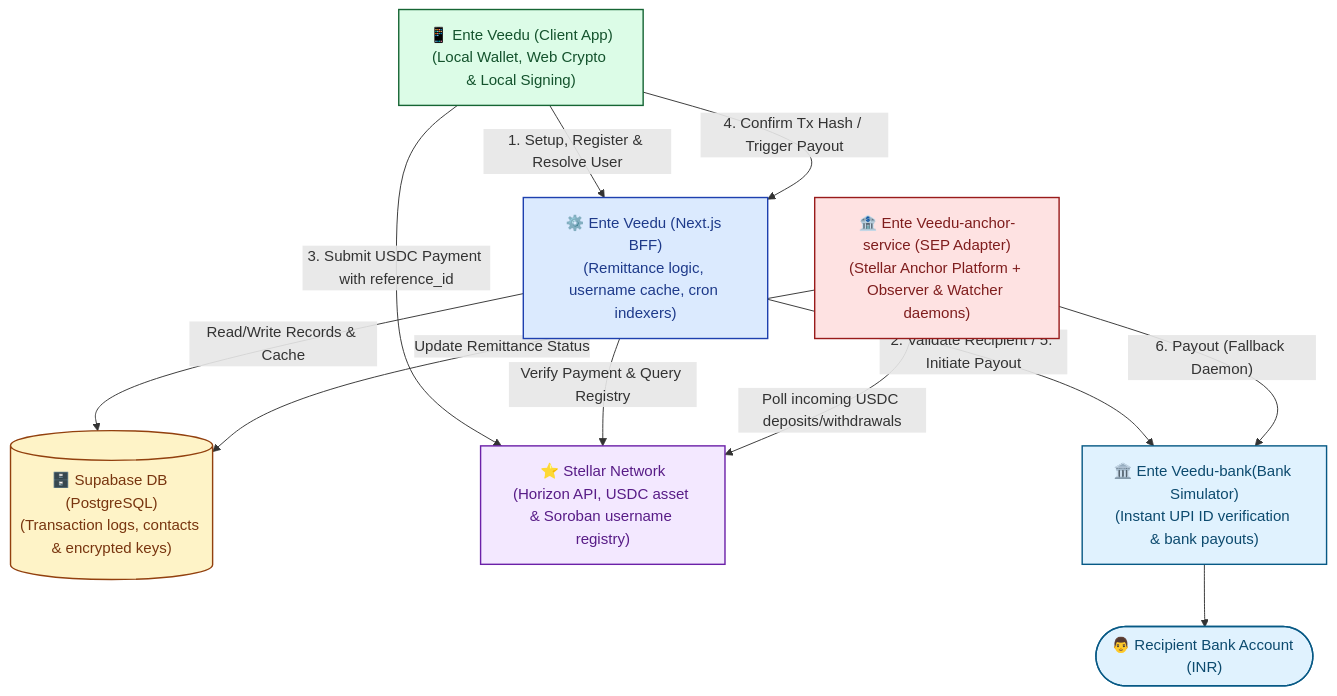
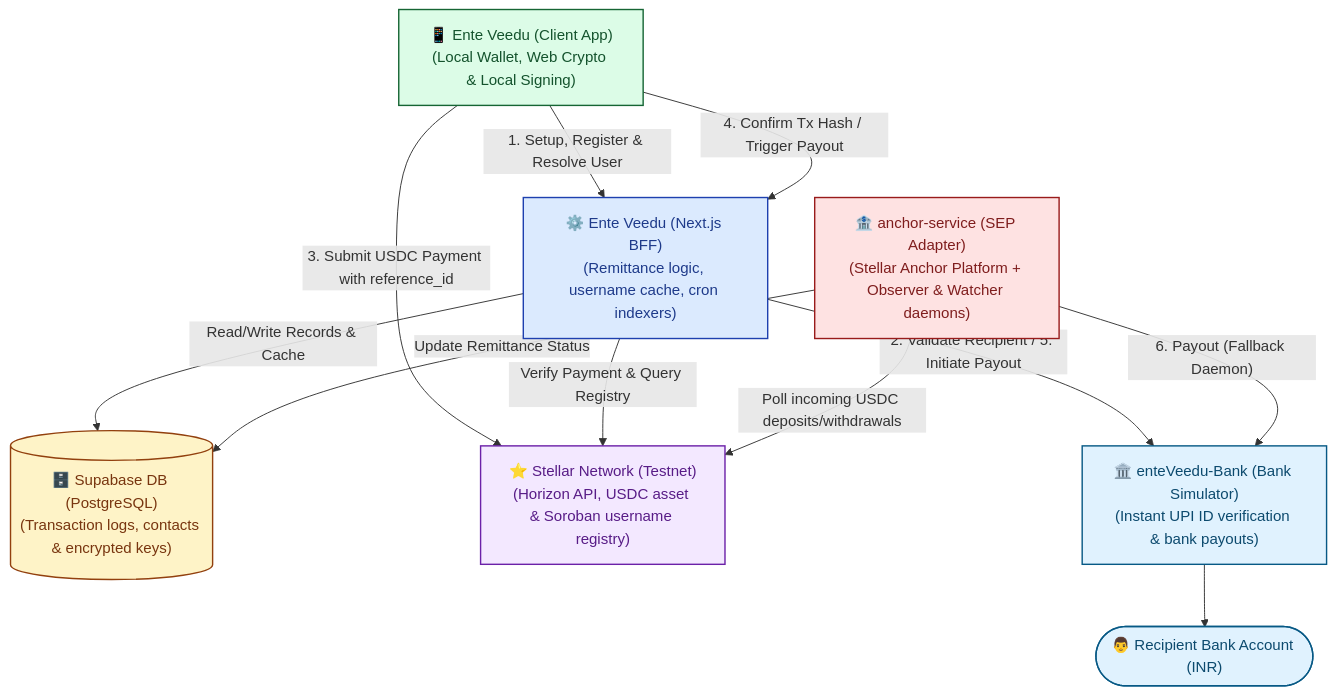
Before and after one commit to Ente-Veedu/.github: the second of 4 diagrams in profile/README.md, drawn with Mermaid. The commit also changed other lines of this file, not shown here.

````diff
--- a/profile/README.md
+++ b/profile/README.md
@@ -83,35 +87,35 @@
 ```mermaid
 flowchart TD
     %% Nodes and Styles
     classDef client fill:#dcfce7,stroke:#166534,stroke-width:1.5px,color:#14532d;
     classDef api fill:#dbeafe,stroke:#1e40af,stroke-width:1.5px,color:#1e3a8a;
     classDef db fill:#fef3c7,stroke:#92400e,stroke-width:1.5px,color:#78350f;
     classDef chain fill:#f3e8ff,stroke:#6b21a8,stroke-width:1.5px,color:#581c87;
     classDef anchor fill:#fee2e2,stroke:#991b1b,stroke-width:1.5px,color:#7f1d1d;
     classDef bank fill:#e0f2fe,stroke:#075985,stroke-width:1.5px,color:#0c4a6e;
 
     Client["📱 Ente Veedu (Client App)<br/>(Local Wallet, Web Crypto & Local Signing)"]:::client
     BFF["⚙️ Ente Veedu (Next.js BFF)<br/>(Remittance logic, username cache, cron indexers)"]:::api
     DB[("🗄️ Supabase DB (PostgreSQL)<br/>(Transaction logs, contacts & encrypted keys)")]:::db
-    Stellar["⭐ Stellar Network<br/>(Horizon API, USDC asset & Soroban username registry)"]:::chain
-    Anchor["🏦 Ente Veedu-anchor-service (SEP Adapter)<br/>(Stellar Anchor Platform + Observer & Watcher daemons)"]:::anchor
-    BankSim["🏛️ Ente Veedu-bank(Bank Simulator)<br/>(Instant UPI ID verification & bank payouts)"]:::bank
+    Stellar["⭐ Stellar Network (Testnet)<br/>(Horizon API, USDC asset & Soroban username registry)"]:::chain
+    Anchor["🏦 anchor-service (SEP Adapter)<br/>(Stellar Anchor Platform + Observer & Watcher daemons)"]:::anchor
+    BankSim["🏛️ enteVeedu-Bank (Bank Simulator)<br/>(Instant UPI ID verification & bank payouts)"]:::bank
 
     %% Client Flows
     Client -->|"1. Setup, Register & Resolve User"| BFF
     Client -->|"3. Submit USDC Payment with reference_id"| Stellar
     Client -->|"4. Confirm Tx Hash / Trigger Payout"| BFF
-    
+
     %% BFF Backend Flows
     BFF -->|"2. Validate Recipient / 5. Initiate Payout"| BankSim
     BFF -->|"Read/Write Records & Cache"| DB
     BFF -->|"Verify Payment & Query Registry"| Stellar
-    
+
     %% Anchor & Fallback Observer Flows
     Anchor -->|"Poll incoming USDC deposits/withdrawals"| Stellar
     Anchor -->|"6. Payout (Fallback Daemon)"| BankSim
     Anchor -->|"Update Remittance Status"| DB
-    
+
     %% Final Settlement
     BankSim --> Recipient(["👨 Recipient Bank Account (INR)"]):::bank
 ```
````
